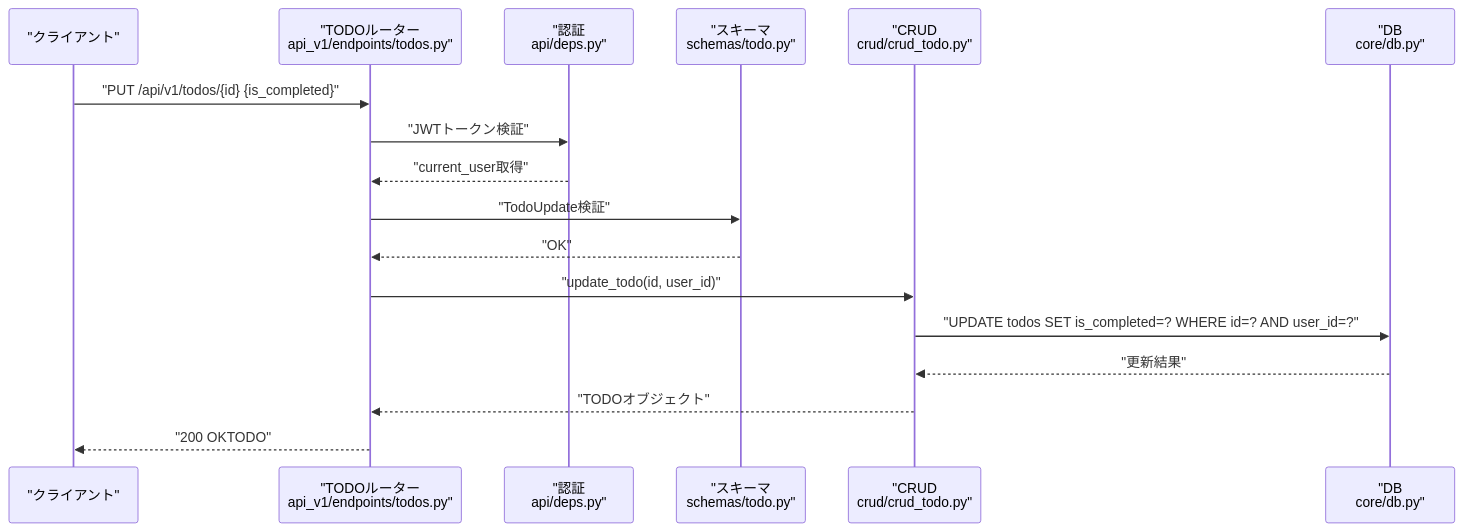
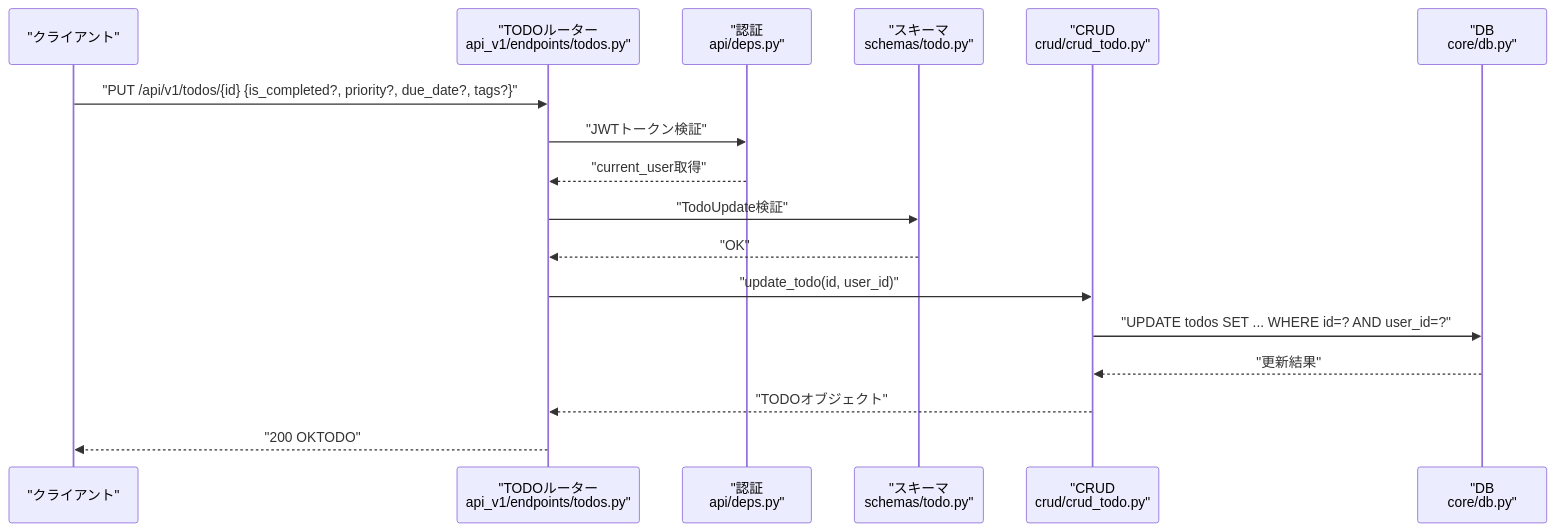
Before and after one commit to ss8806/Todos: the fifth of 7 diagrams in .qoder/repowiki/ja/content/APIリファレンス/TODO管理API.md, drawn with Mermaid. The commit also changed other lines of this file and 6 other files, not shown here.

````diff
--- a/.qoder/repowiki/ja/content/APIリファレンス/TODO管理API.md
+++ b/.qoder/repowiki/ja/content/APIリファレンス/TODO管理API.md
@@ -312,19 +352,19 @@
 ```mermaid
 sequenceDiagram
 participant C as "クライアント"
 participant R as "TODOルーター<br/>api_v1/endpoints/todos.py"
 participant A as "認証<br/>api/deps.py"
 participant V as "スキーマ<br/>schemas/todo.py"
 participant U as "CRUD<br/>crud/crud_todo.py"
 participant D as "DB<br/>core/db.py"
-C->>R : "PUT /api/v1/todos/{id} {is_completed}"
+C->>R : "PUT /api/v1/todos/{id} {is_completed?, priority?, due_date?, tags?}"
 R->>A : "JWTトークン検証"
 A-->>R : "current_user取得"
 R->>V : "TodoUpdate検証"
 V-->>R : "OK"
 R->>U : "update_todo(id, user_id)"
-U->>D : "UPDATE todos SET is_completed=? WHERE id=? AND user_id=?"
+U->>D : "UPDATE todos SET ... WHERE id=? AND user_id=?"
 D-->>U : "更新結果"
 U-->>R : "TODOオブジェクト"
 R-->>C : "200 OKTODO"
 ```
````
